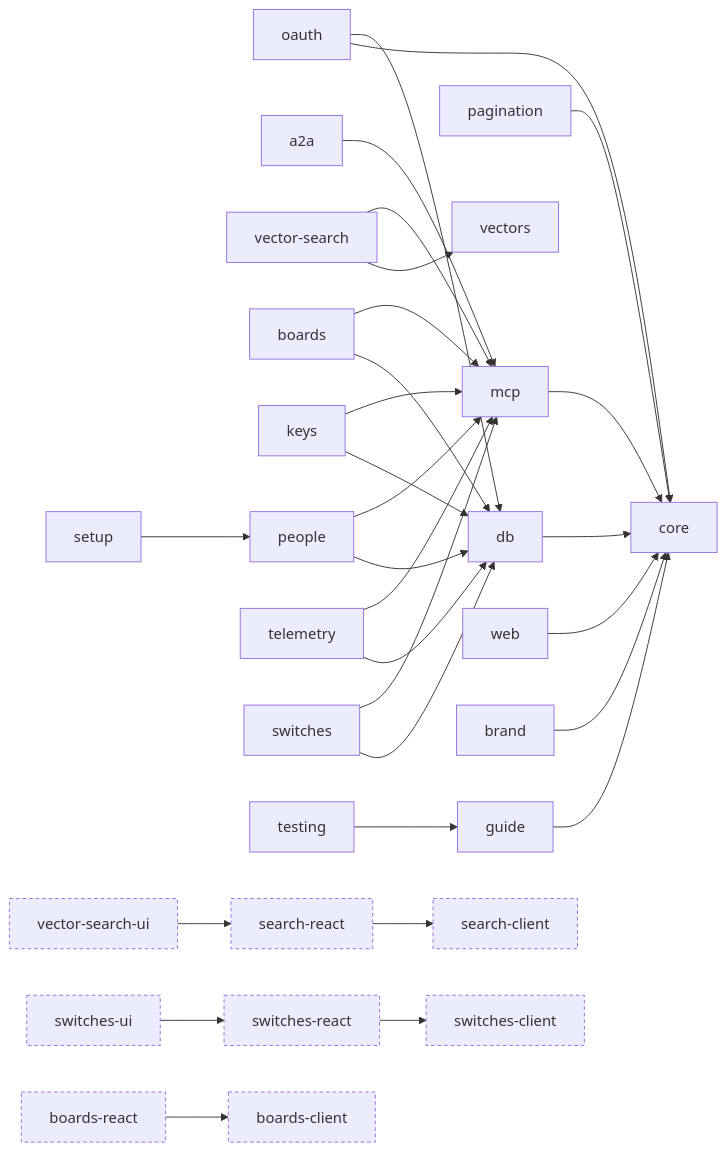
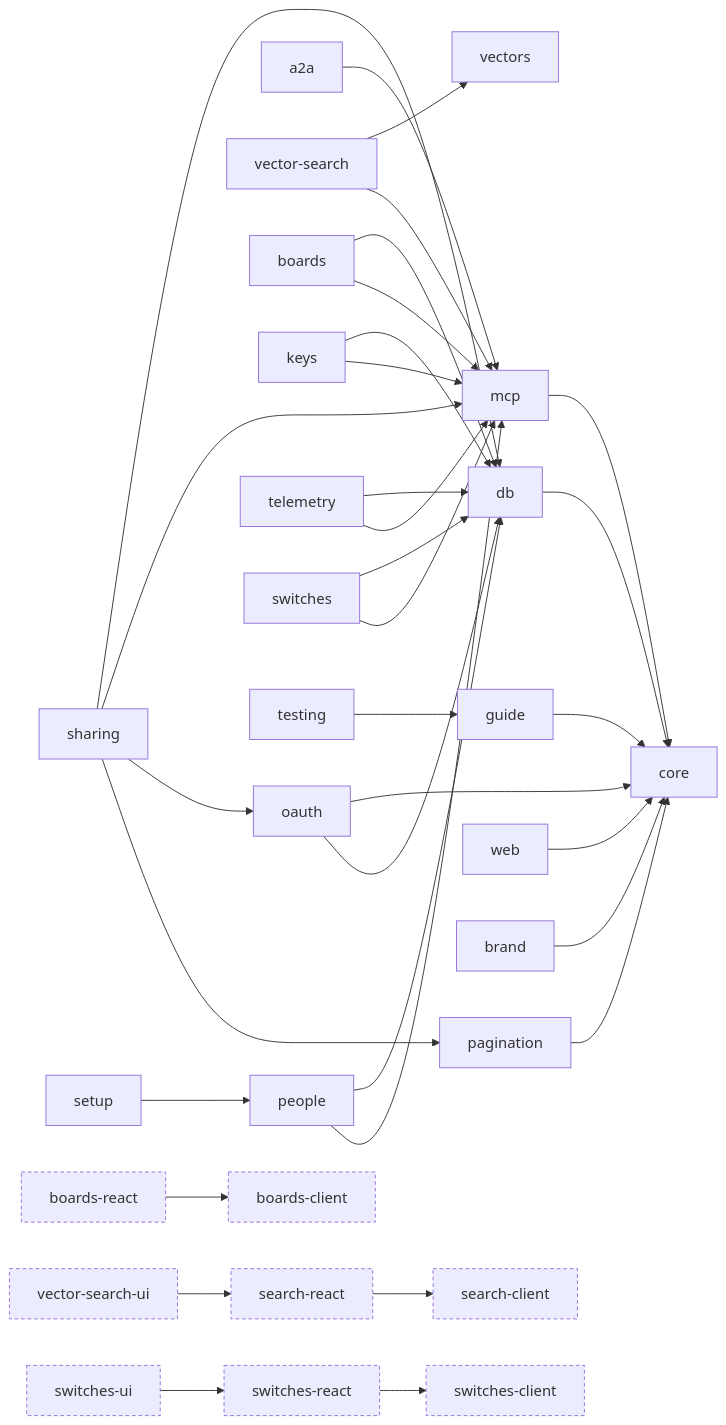
One commit to escalay/api-kit changed the diagram in docs/PARTS.md. Above: the diagram before and after it, drawn with Mermaid. The commit also changed other lines of this file and 42 other files, not shown here.

````diff
--- a/docs/PARTS.md
+++ b/docs/PARTS.md
@@ -80,59 +81,64 @@
 ```mermaid
 flowchart LR
   core[core]
   db[db]
   oauth[oauth]
   pagination[pagination]
   guide[guide]
   mcp[mcp]
   a2a[a2a]
   vectors[vectors]
   vector_search[vector-search]
   web[web]
   brand[brand]
   boards[boards]
   keys[keys]
   people[people]
   setup[setup]
   telemetry[telemetry]
   switches[switches]
+  sharing[sharing]
   testing[testing]
   search_client[search-client]
   search_react[search-react]
   vector_search_ui[vector-search-ui]
   switches_client[switches-client]
   switches_react[switches-react]
   switches_ui[switches-ui]
   boards_client[boards-client]
   boards_react[boards-react]
   db --> core
   oauth --> core
   oauth --> db
   pagination --> core
   guide --> core
   mcp --> core
   a2a --> mcp
   vector_search --> vectors
   vector_search --> mcp
   web --> core
   brand --> core
   boards --> db
   boards --> mcp
   keys --> db
   keys --> mcp
   people --> db
   people --> mcp
   setup --> people
   telemetry --> db
   telemetry --> mcp
   switches --> db
   switches --> mcp
+  sharing --> db
+  sharing --> mcp
+  sharing --> oauth
+  sharing --> pagination
   testing --> guide
   search_react --> search_client
   vector_search_ui --> search_react
   switches_react --> switches_client
   switches_ui --> switches_react
   boards_react --> boards_client
   classDef layer stroke-dasharray: 4 3
   class search_client,search_react,vector_search_ui,switches_client,switches_react,switches_ui,boards_client,boards_react layer
 ```
````
